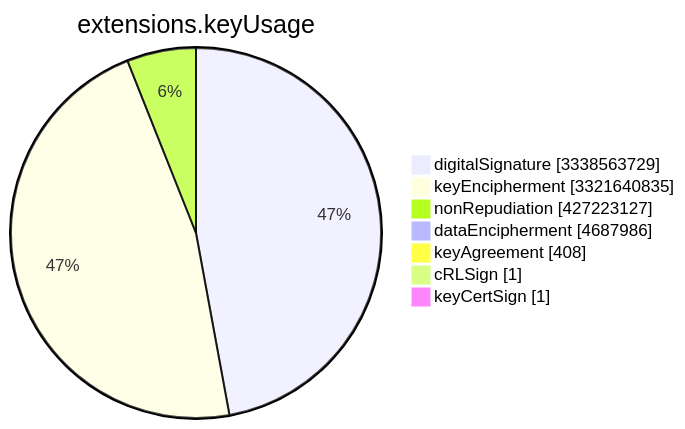
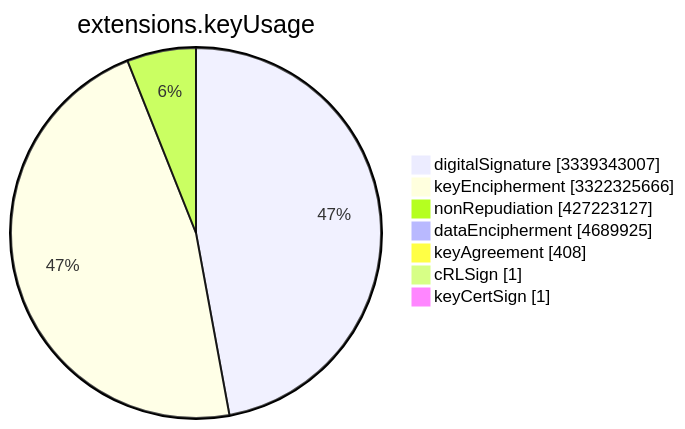
The sixth of 15 diagrams in TOTAL/README.md (christiankrug/ctmonitor_visualization), drawn with Mermaid before and after one commit. The commit also changed other lines of this file, not shown here.

````diff
--- a/TOTAL/README.md
+++ b/TOTAL/README.md
@@ -3078,11 +3078,11 @@
 ```mermaid
 pie showData
 title extensions.keyUsage
-"digitalSignature" :3338563729
-"keyEncipherment" :3321640835
+"digitalSignature" :3339343007
+"keyEncipherment" :3322325666
 "nonRepudiation" :427223127
-"dataEncipherment" :4687986
+"dataEncipherment" :4689925
 "keyAgreement" :408
 "cRLSign" :1
 "keyCertSign" :1
 ```
````
